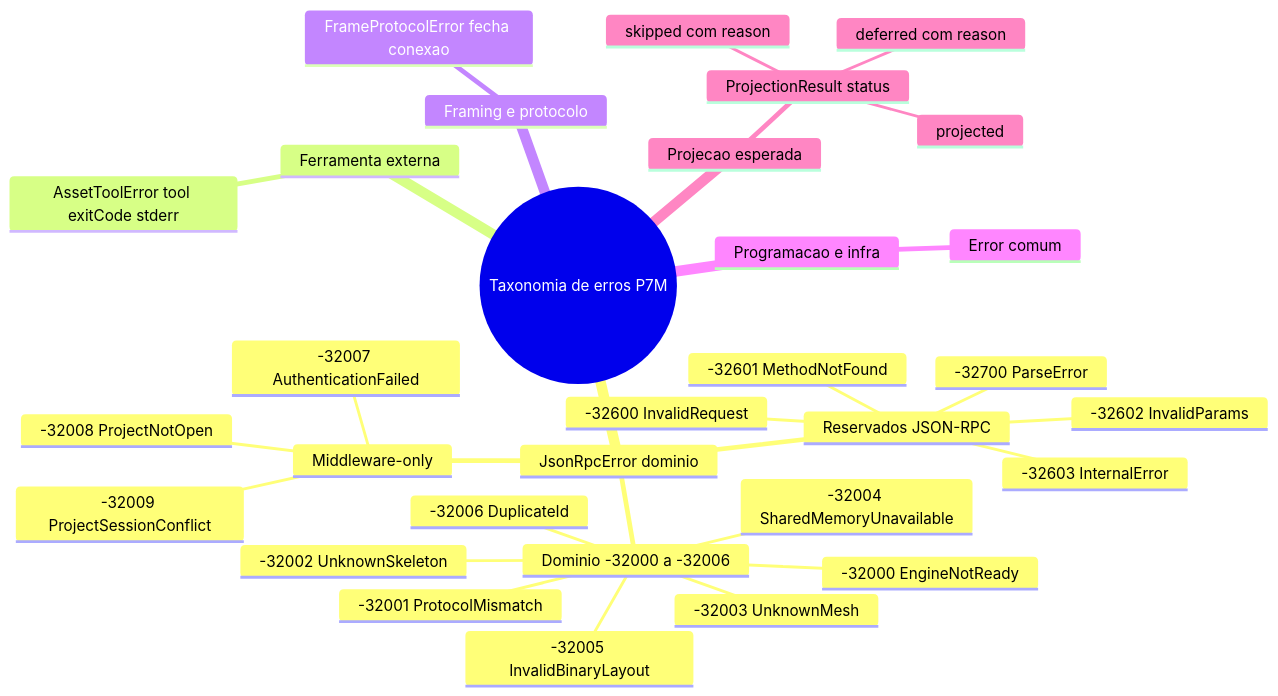
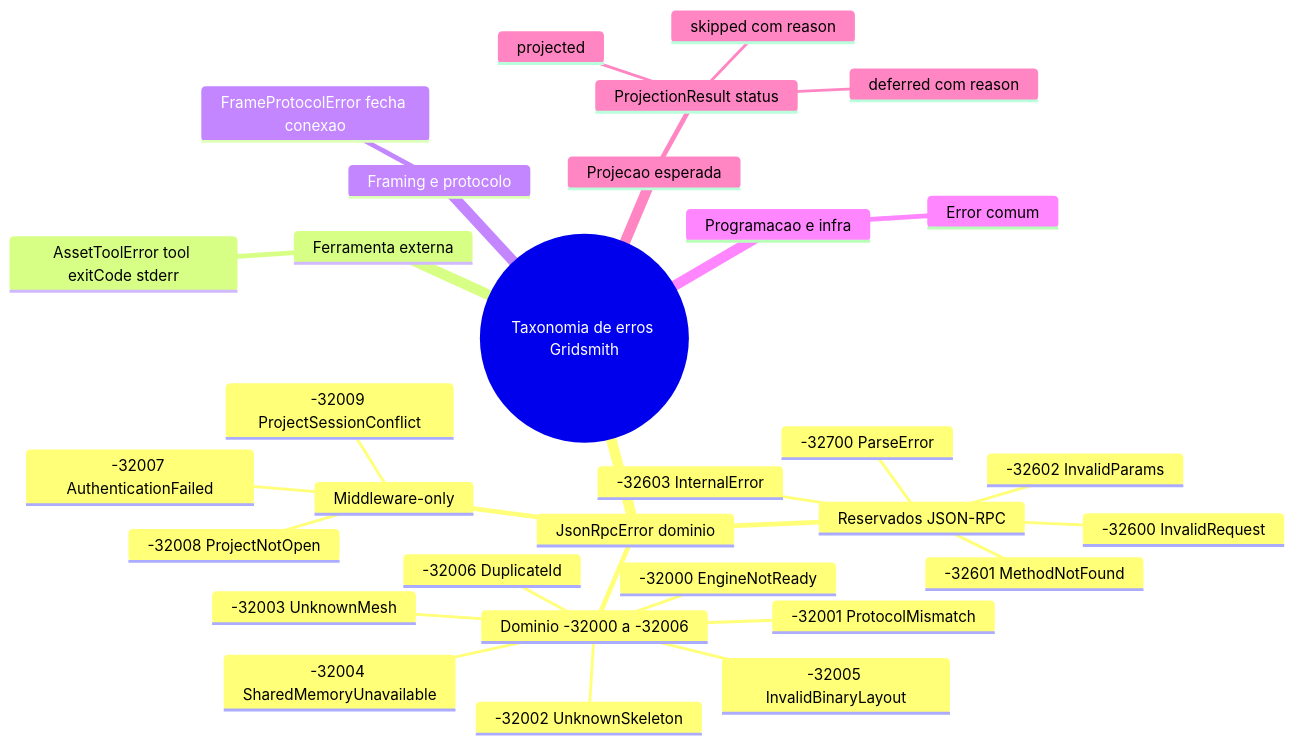
One commit to flaviotinococoutinho/Gridsmith changed the fifth of 8 diagrams in docs/ARCHITECTURE-SPEC.md. Above: the diagram before and after it, drawn with Mermaid. The commit also changed other lines of this file and 220 other files, not shown here.

````diff
--- a/docs/ARCHITECTURE-SPEC.md
+++ b/docs/ARCHITECTURE-SPEC.md
@@ -777,34 +777,34 @@
 ```mermaid
 mindmap
-  root(("Taxonomia de erros P7M"))
+  root(("Taxonomia de erros Gridsmith"))
     JsonRpcError dominio
       Reservados JSON-RPC
         -32700 ParseError
         -32600 InvalidRequest
         -32601 MethodNotFound
         -32602 InvalidParams
         -32603 InternalError
       Dominio -32000 a -32006
         -32000 EngineNotReady
         -32001 ProtocolMismatch
         -32002 UnknownSkeleton
         -32003 UnknownMesh
         -32004 SharedMemoryUnavailable
         -32005 InvalidBinaryLayout
         -32006 DuplicateId
       Middleware-only
         -32007 AuthenticationFailed
         -32008 ProjectNotOpen
         -32009 ProjectSessionConflict
     Ferramenta externa
       AssetToolError tool exitCode stderr
     Framing e protocolo
       FrameProtocolError fecha conexao
     Programacao e infra
       Error comum
     Projecao esperada
       ProjectionResult status
         projected
         skipped com reason
         deferred com reason
 ```
````
